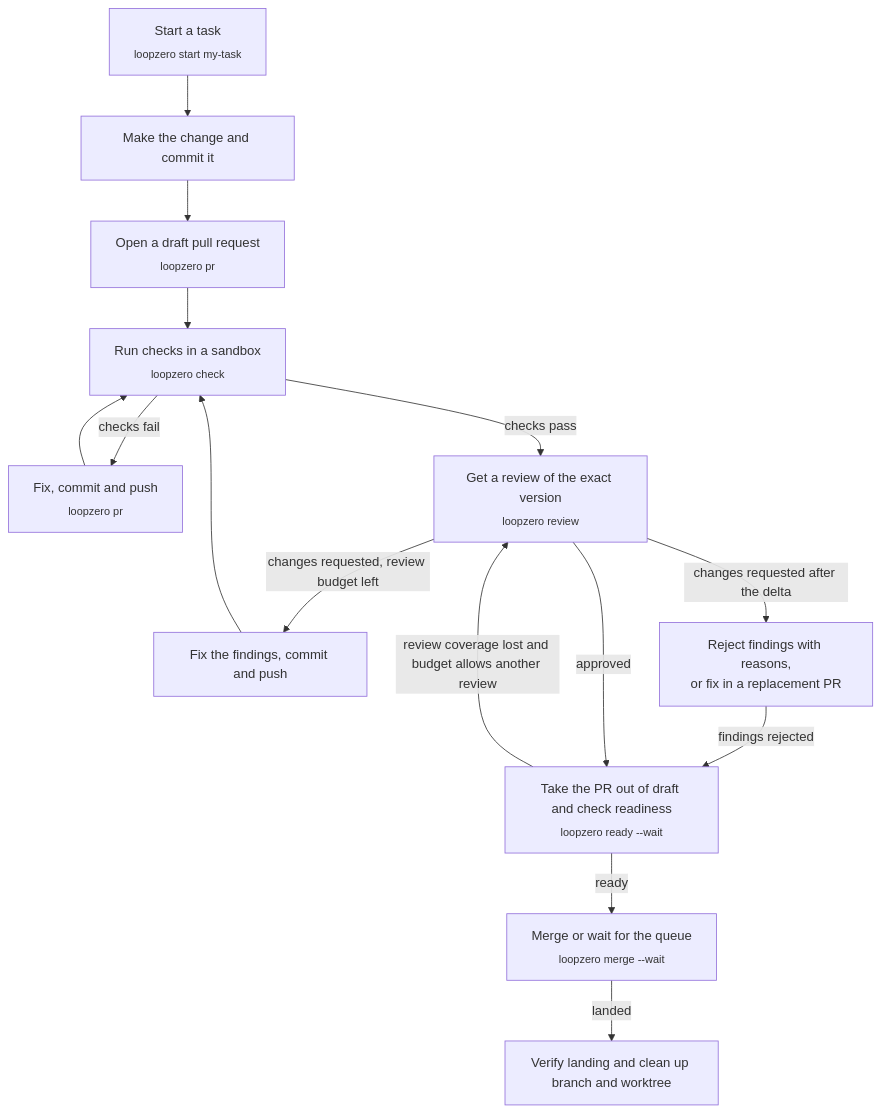
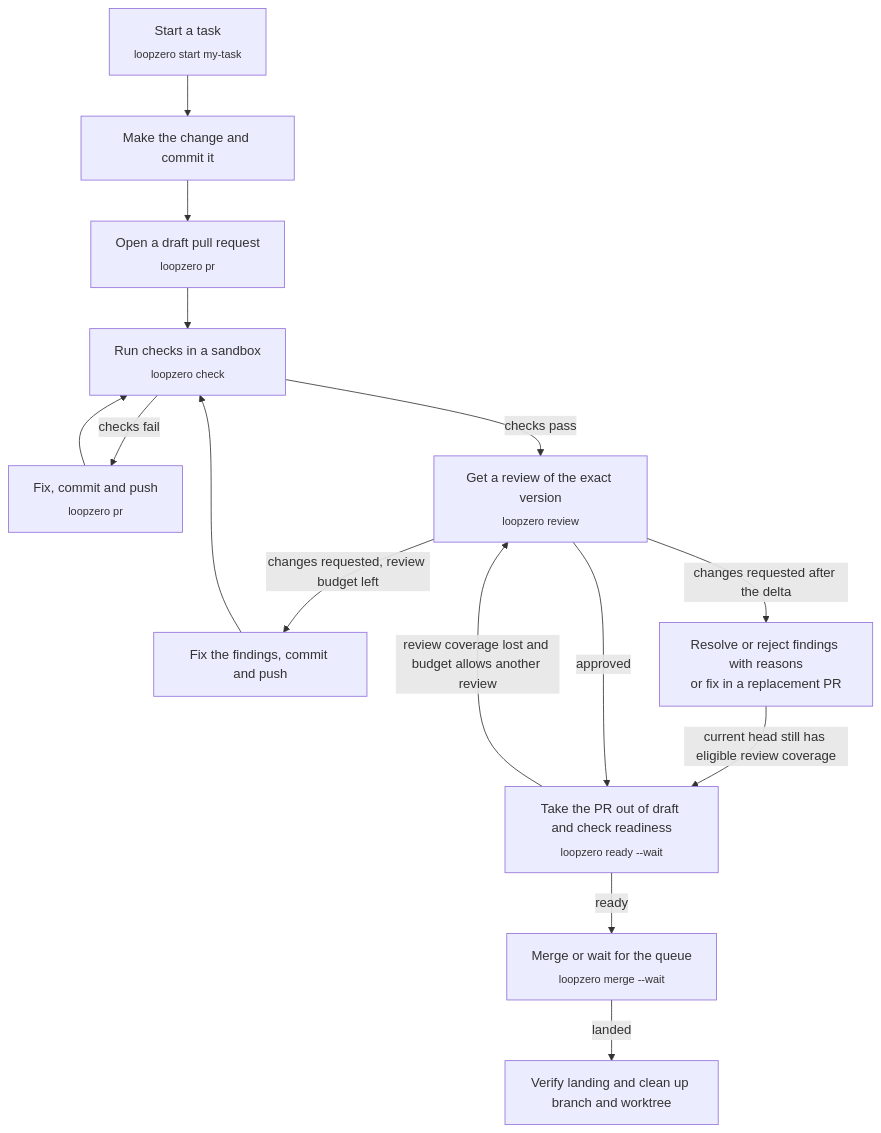
One commit to feder-positronics/loop-zero changed the first of 3 diagrams in docs/WORKFLOW.md. Above: the diagram before and after it, drawn with Mermaid. The commit also changed other lines of this file and 2 other files, not shown here.

First line of the commit message:
Correct delivery documentation against current main (#2394)

````diff
--- a/docs/WORKFLOW.md
+++ b/docs/WORKFLOW.md
@@ -9,17 +9,17 @@
 ```mermaid
 flowchart TD
     A["Start a task<br/><sub>loopzero start my-task</sub>"] --> B["Make the change and commit it"]
     B --> E["Open a draft pull request<br/><sub>loopzero pr</sub>"]
     E --> C["Run checks in a sandbox<br/><sub>loopzero check</sub>"]
     C -->|checks fail| D["Fix, commit and push<br/><sub>loopzero pr</sub>"]
     D --> C
     C -->|checks pass| F["Get a review of the exact version<br/><sub>loopzero review</sub>"]
     F -->|changes requested, review budget left| G["Fix the findings, commit and push"]
     G --> C
-    F -->|changes requested after the delta| R["Reject findings with reasons,<br/>or fix in a replacement PR"]
-    R -->|findings rejected| H
+    F -->|changes requested after the delta| R["Resolve or reject findings with reasons<br/>or fix in a replacement PR"]
+    R -->|current head still has eligible review coverage| H
     F -->|approved| H["Take the PR out of draft and check readiness<br/><sub>loopzero ready --wait</sub>"]
     H -->|review coverage lost and budget allows another review| F
     H -->|ready| I["Merge or wait for the queue<br/><sub>loopzero merge --wait</sub>"]
     I -->|landed| K["Verify landing and clean up branch and worktree"]
 ```
````
